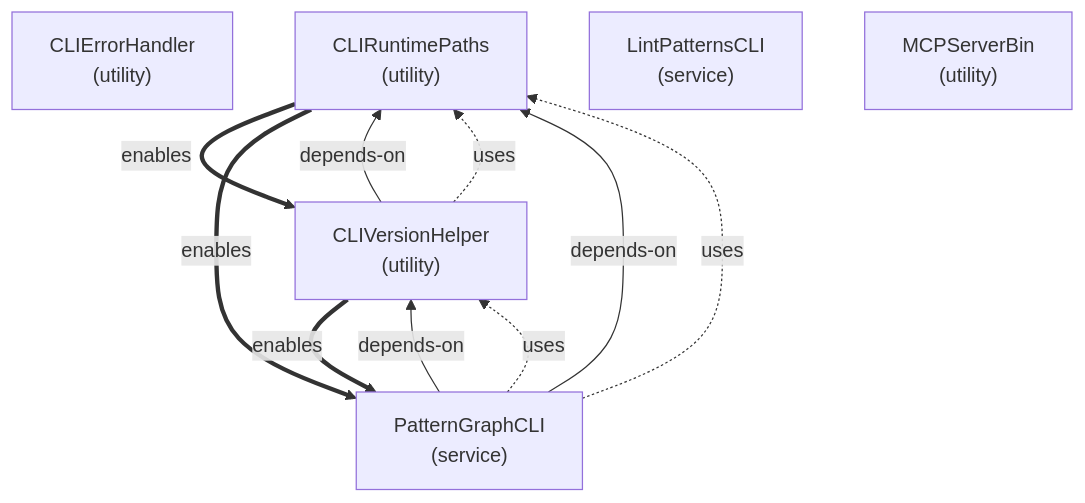
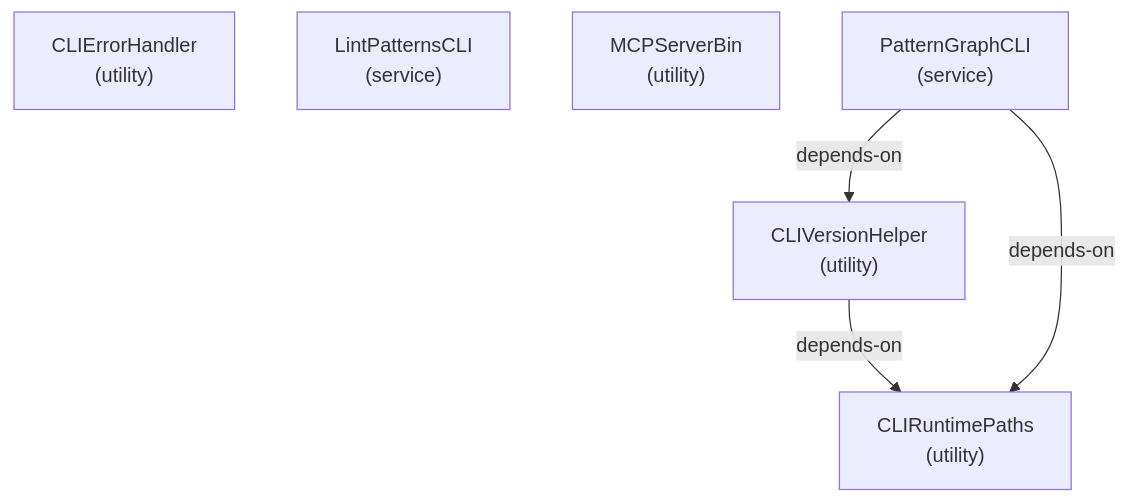
One commit to libar-dev/architect changed the third of 23 diagrams in docs-live/ARCHITECTURE.md. Above: the diagram before and after it, drawn with Mermaid. The commit also changed other lines of this file and 4 other files, not shown here.

First line of the commit message:
WS-3 Session 16 (D-19): forward-only per-group architecture detail diagrams

````diff
--- a/docs-live/ARCHITECTURE.md
+++ b/docs-live/ARCHITECTURE.md
@@ -112,18 +98,12 @@
 ```mermaid
 graph TD
   clierrorhandler["CLIErrorHandler<br/>(utility)"]
   cliruntimepaths["CLIRuntimePaths<br/>(utility)"]
   cliversionhelper["CLIVersionHelper<br/>(utility)"]
   lintpatternscli["LintPatternsCLI<br/>(service)"]
   mcpserverbin["MCPServerBin<br/>(utility)"]
   patterngraphcli["PatternGraphCLI<br/>(service)"]
-  cliruntimepaths ==>|enables| cliversionhelper
-  cliruntimepaths ==>|enables| patterngraphcli
   cliversionhelper -->|depends-on| cliruntimepaths
-  cliversionhelper -.->|uses| cliruntimepaths
-  cliversionhelper ==>|enables| patterngraphcli
   patterngraphcli -->|depends-on| cliruntimepaths
-  patterngraphcli -.->|uses| cliruntimepaths
   patterngraphcli -->|depends-on| cliversionhelper
-  patterngraphcli -.->|uses| cliversionhelper
 ```
````
